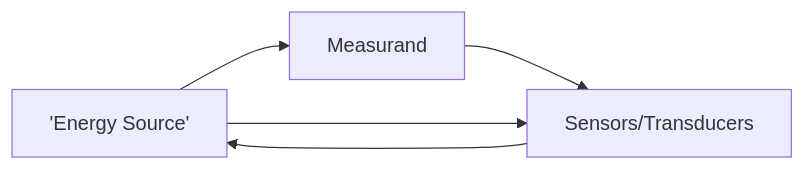
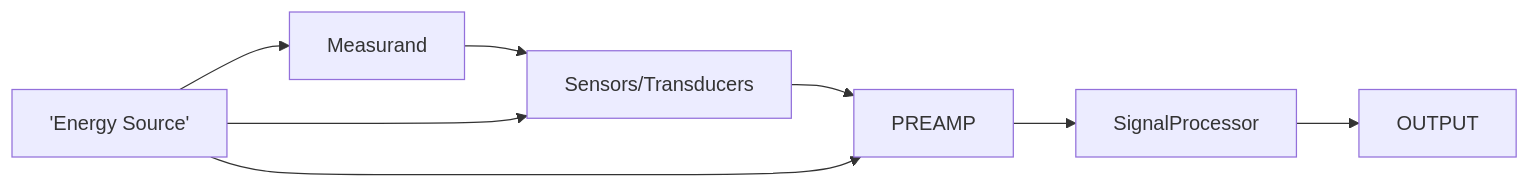
The diagram in BioMed/MODULE 1.md (JJsdxd/obsidian), drawn with Mermaid before and after one commit. The commit also changed other lines of this file, not shown here.

````diff
--- a/BioMed/MODULE 1.md
+++ b/BioMed/MODULE 1.md
@@ -168,6 +181,7 @@
 ```mermaid
 flowchart LR
 ENERGY_SOURCE["'Energy Source'"]  --> Measurand["Measurand"]
-Measurand --> Sensors/Transducers --> 
+Measurand --> Sensors/Transducers --> PREAMP --> SignalProcessor --> OUTPUT
 ENERGY_SOURCE["'Energy Source'"] --> Sensors/Transducers
+ENERGY_SOURCE["'Energy Source'"] --> PREAMP 
 ```
````
